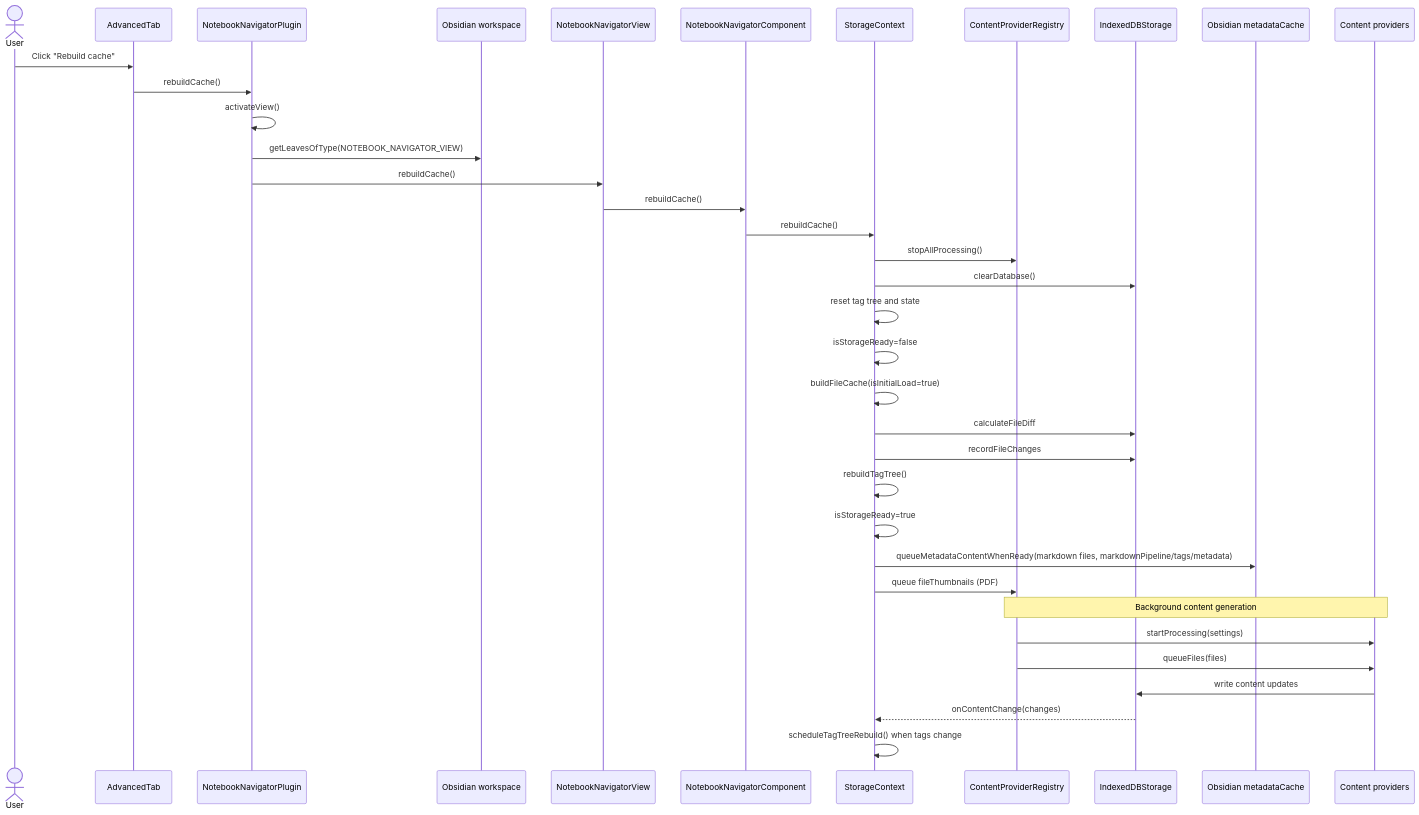
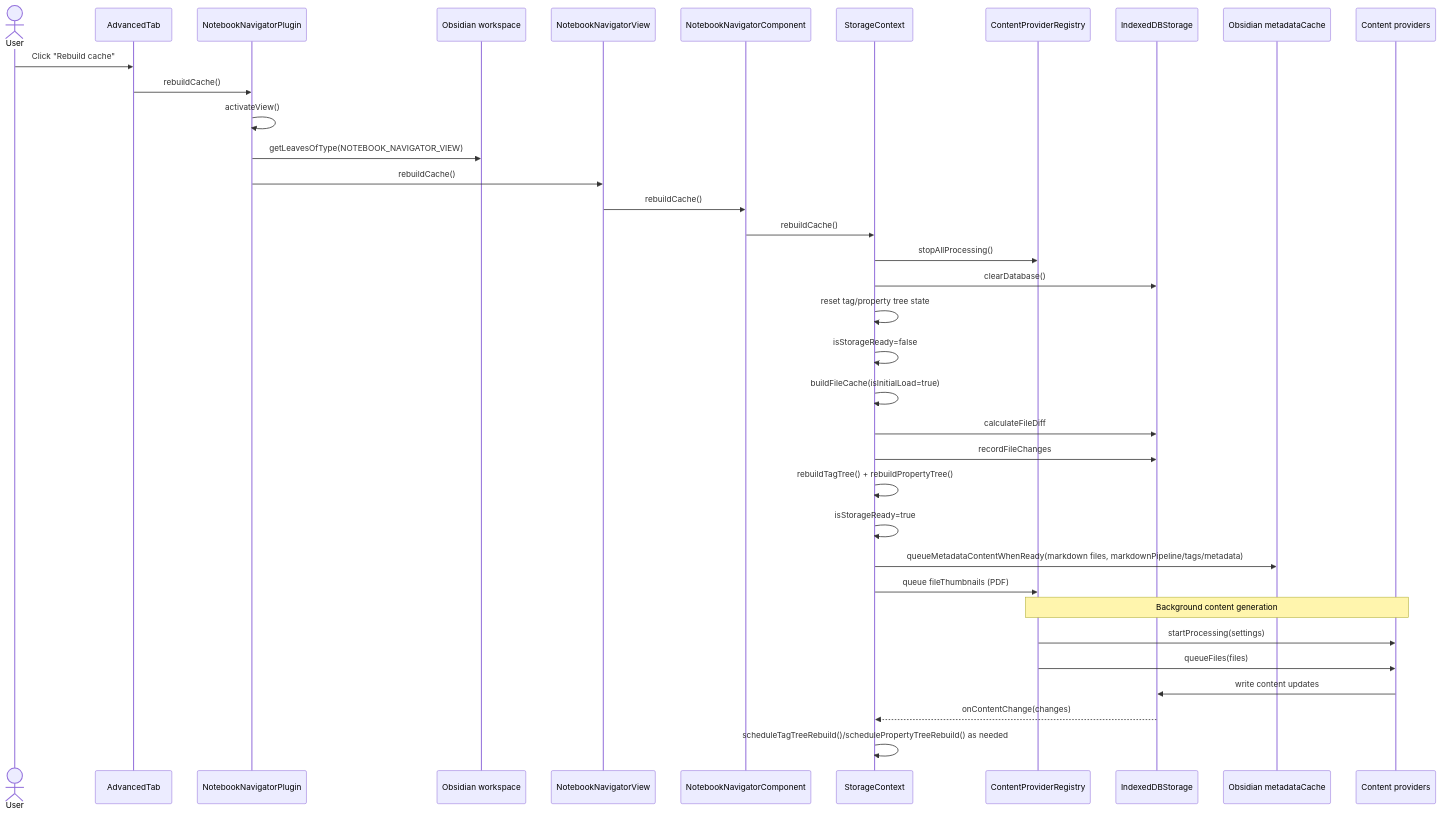
The second of 3 diagrams in docs/metadata-pipeline.md (vroablec/notebook-navigator), drawn with Mermaid before and after one commit. The commit also changed other lines of this file and 5 other files, not shown here.

````diff
--- a/docs/metadata-pipeline.md
+++ b/docs/metadata-pipeline.md
@@ -167,43 +170,43 @@
 ```mermaid
 sequenceDiagram
     actor User
     participant Settings as AdvancedTab
     participant Plugin as NotebookNavigatorPlugin
     participant Workspace as Obsidian workspace
     participant View as NotebookNavigatorView
     participant Component as NotebookNavigatorComponent
     participant Storage as StorageContext
     participant Registry as ContentProviderRegistry
     participant DB as IndexedDBStorage
     participant Obsidian as Obsidian metadataCache
     participant Providers as Content providers
 
     User->>Settings: Click "Rebuild cache"
     Settings->>Plugin: rebuildCache()
     Plugin->>Plugin: activateView()
     Plugin->>Workspace: getLeavesOfType(NOTEBOOK_NAVIGATOR_VIEW)
     Plugin->>View: rebuildCache()
     View->>Component: rebuildCache()
     Component->>Storage: rebuildCache()
 
     Storage->>Registry: stopAllProcessing()
     Storage->>DB: clearDatabase()
-    Storage->>Storage: reset tag tree and state
+    Storage->>Storage: reset tag/property tree state
     Storage->>Storage: isStorageReady=false
 
     Storage->>Storage: buildFileCache(isInitialLoad=true)
     Storage->>DB: calculateFileDiff
     Storage->>DB: recordFileChanges
-    Storage->>Storage: rebuildTagTree()
+    Storage->>Storage: rebuildTagTree() + rebuildPropertyTree()
     Storage->>Storage: isStorageReady=true
 
     Storage->>Obsidian: queueMetadataContentWhenReady(markdown files, markdownPipeline/tags/metadata)
     Storage->>Registry: queue fileThumbnails (PDF)
 
     Note over Registry,Providers: Background content generation
     Registry->>Providers: startProcessing(settings)
     Registry->>Providers: queueFiles(files)
     Providers->>DB: write content updates
     DB-->>Storage: onContentChange(changes)
-    Storage->>Storage: scheduleTagTreeRebuild() when tags change
+    Storage->>Storage: scheduleTagTreeRebuild()/schedulePropertyTreeRebuild() as needed
 ```
````
